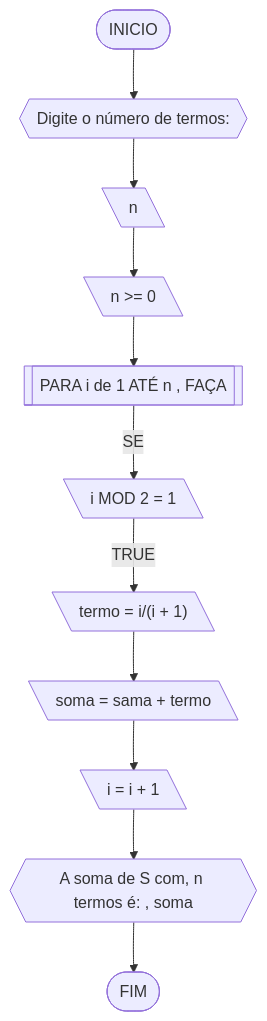
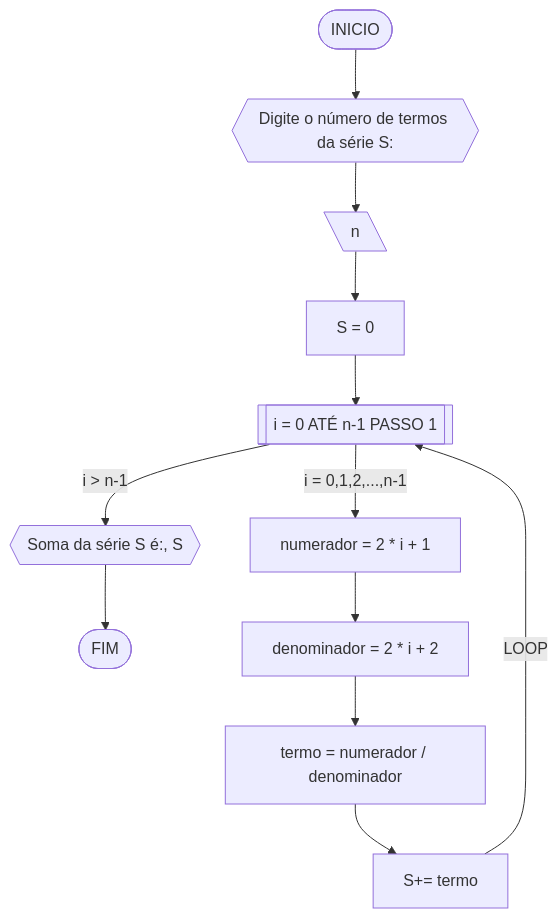
Before and after one commit to sdiogenes/unifor: the fifth of 8 diagrams in rra/Unidade1/AD1.md, drawn with Mermaid. The commit also changed other lines of this file, not shown here.

````diff
--- a/rra/Unidade1/AD1.md
+++ b/rra/Unidade1/AD1.md
@@ -206,14 +316,14 @@
 ```mermaid
 flowchart TD
-A([INICIO]) --> B{{"Digite o número de termos:"}}
+A([INICIO]) --> B{{"Digite o número de termos da série S:"}}
 B --> C[\n\]
-C --> D[\n >= 0\]
-D --> E[[PARA i de 1 ATÉ n , FAÇA]]
-E --SE--> F[\i MOD 2 = 1\]
-F --TRUE--> G[\"termo = i/(i + 1)"\]
-G --> H[\soma = sama + termo\]
-H --> J[\i = i + 1\]
-J --> M{{"A soma de S com, n termos é: ", soma}}
-M --> Z([FIM])
-
+C --> D[S = 0]
+D --> E[[i = 0 ATÉ n-1 PASSO 1]]
+E --"i > n-1"--> F{{"Soma da série S é:", S}}
+F --> Z([FIM])
+E --"i = 0,1,2,...,n-1"--> G[numerador = 2 * i + 1]
+G --> H[denominador = 2 * i + 2]
+H --> I[termo = numerador / denominador]
+I --> J[S+= termo]
+J --LOOP--> E
 ```
````
